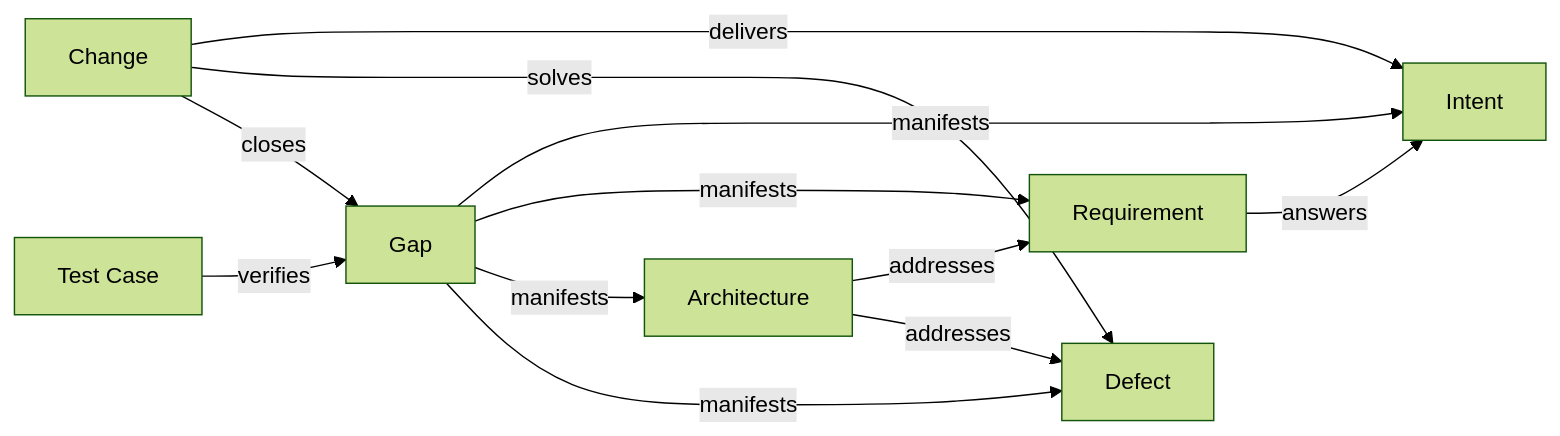
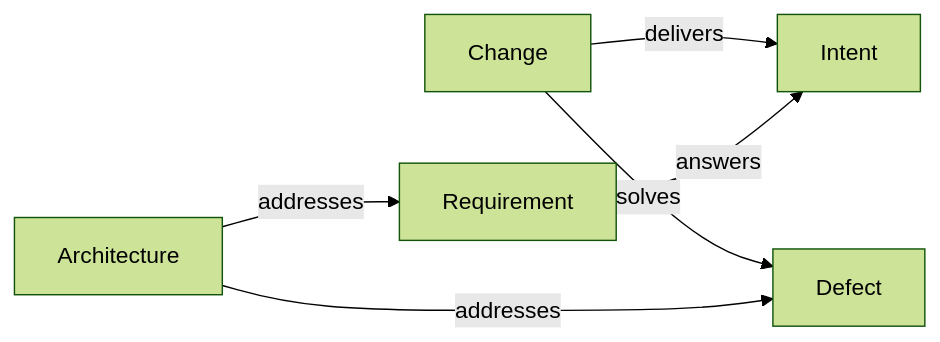
Before and after one commit to Kai-Hacks-AI/KAAL: the diagram in engineering/metamodel/views/plan.md, drawn with Mermaid (forest theme). The commit also changed other lines of this file and 9 other files, not shown here.

````diff
--- a/engineering/metamodel/views/plan.md
+++ b/engineering/metamodel/views/plan.md
@@ -14,14 +14,8 @@
 ```mermaid
 flowchart LR
   Change -->|delivers| Intent
   Change -->|solves| Defect
   Requirement -->|answers| Intent
   Architecture -->|addresses| Requirement
   Architecture -->|addresses| Defect
-  Change -->|closes| Gap
-  Gap -->|manifests| Intent
-  Gap -->|manifests| Requirement
-  Gap -->|manifests| Architecture
-  Gap -->|manifests| Defect
-  TestCase["Test Case"] -->|verifies| Gap
 ```
````
